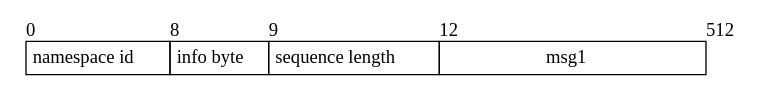
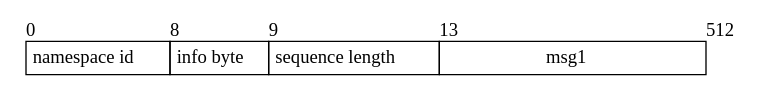
One commit to celestiaorg/celestia-app changed the diagram in specs/src/specs/figures/sparse_start_share.dot. Above: the diagram before and after it, drawn with Graphviz. The commit also changed 7 other files, not shown here.

Commit message:
specs: fixed sequence len

```diff
--- a/specs/src/specs/figures/sparse_start_share.dot
+++ b/specs/src/specs/figures/sparse_start_share.dot
@@ -1,21 +1,21 @@
 digraph G {
     node [shape = record, penwidth = 0];
 
     share [label=<
     <table border="0" cellborder="1" cellspacing="0">
         <tr>
             <td align="left" border="0" cellpadding="0">0</td>
             <td align="left" border="0" cellpadding="0">8</td>
             <td align="left" border="0" cellpadding="0">9</td>
-            <td align="left" border="0" cellpadding="0">12</td>
+            <td align="left" border="0" cellpadding="0">13</td>
             <td align="left" border="0" cellpadding="0">512</td>
         </tr>
         <tr>
             <td width="8" cellpadding="4">namespace id</td>
             <td width="1" cellpadding="4">info byte</td>
             <td width="4" cellpadding="4">sequence length</td>
             <td width="200" cellpadding="4">msg1</td>
         </tr>
     </table>
     >];
 }
```
